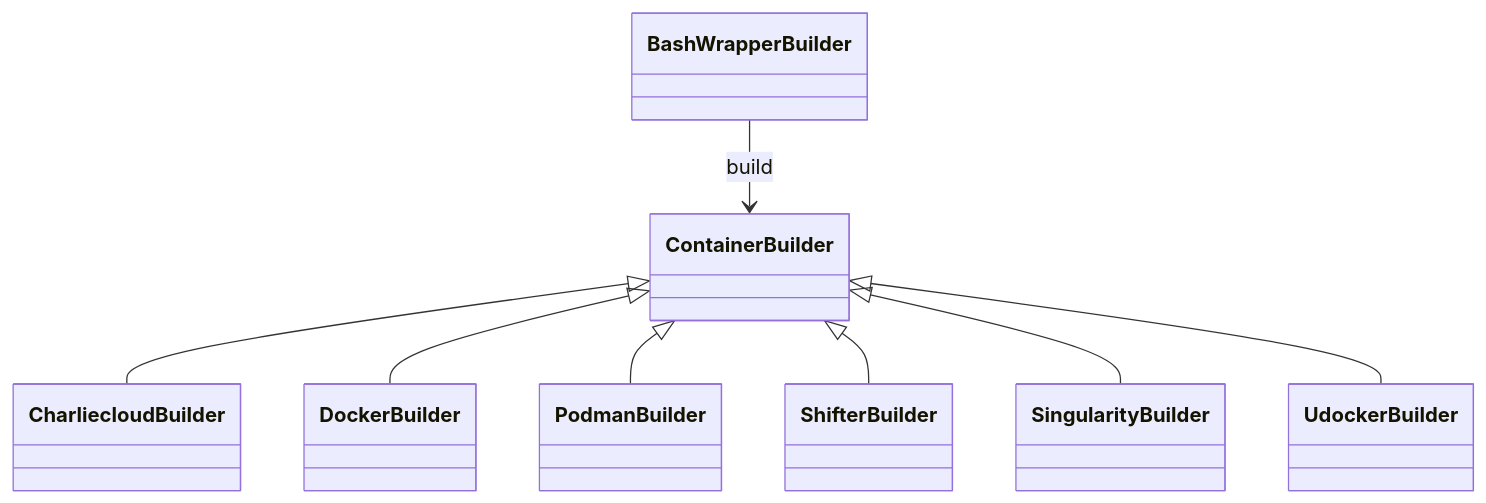
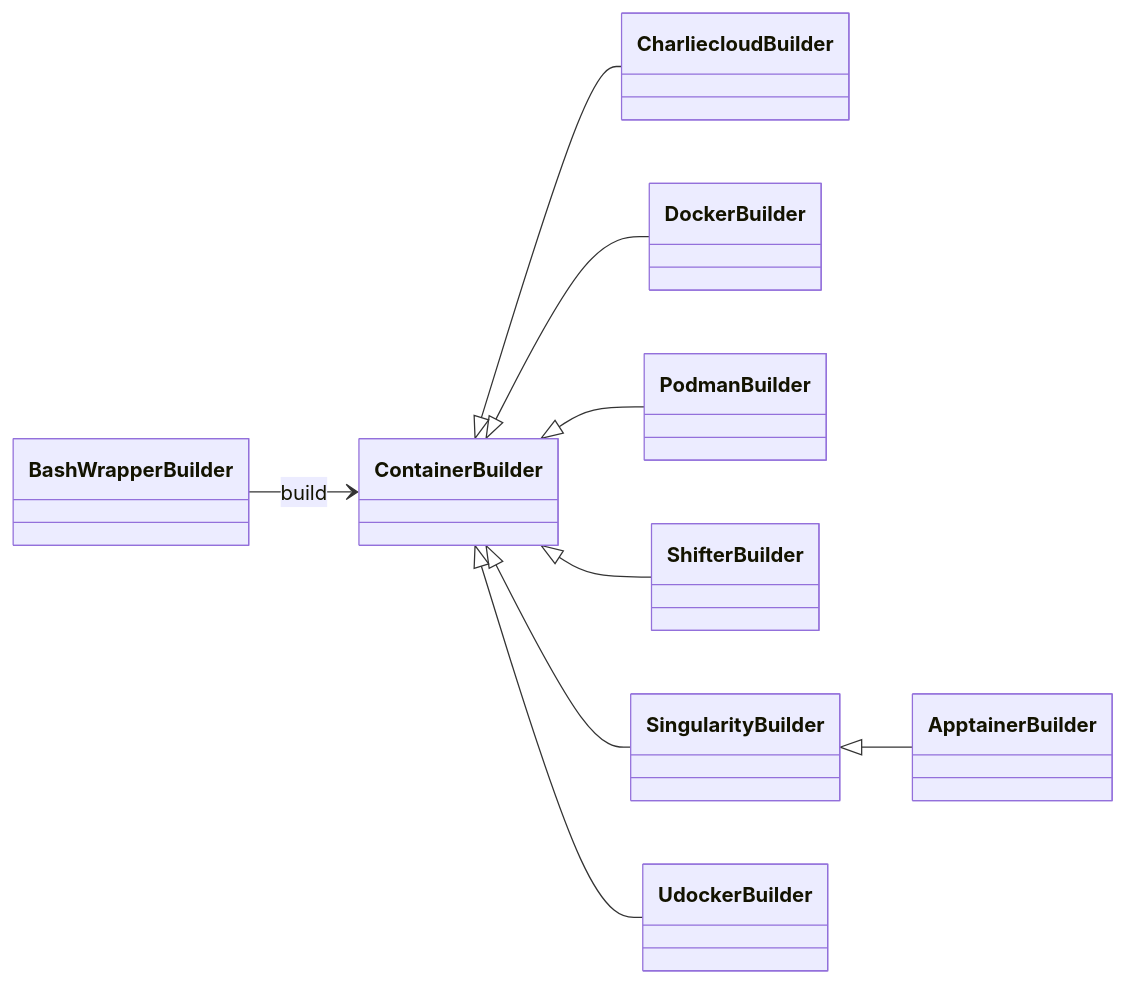
Before and after one commit to nextflow-io/nextflow: the diagram in docs/developer/diagrams/nextflow.container.mmd, drawn with Mermaid. The commit also changed 25 other files, not shown here.

```diff
--- a/docs/developer/diagrams/nextflow.container.mmd
+++ b/docs/developer/diagrams/nextflow.container.mmd
@@ -1,12 +1,16 @@
 classDiagram
     %%
     %% nextflow.container
     %%
+    direction LR
+
     BashWrapperBuilder --> ContainerBuilder : build
 
     ContainerBuilder <|-- CharliecloudBuilder
     ContainerBuilder <|-- DockerBuilder
     ContainerBuilder <|-- PodmanBuilder
     ContainerBuilder <|-- ShifterBuilder
     ContainerBuilder <|-- SingularityBuilder
     ContainerBuilder <|-- UdockerBuilder
+
+    SingularityBuilder <|-- ApptainerBuilder
```
